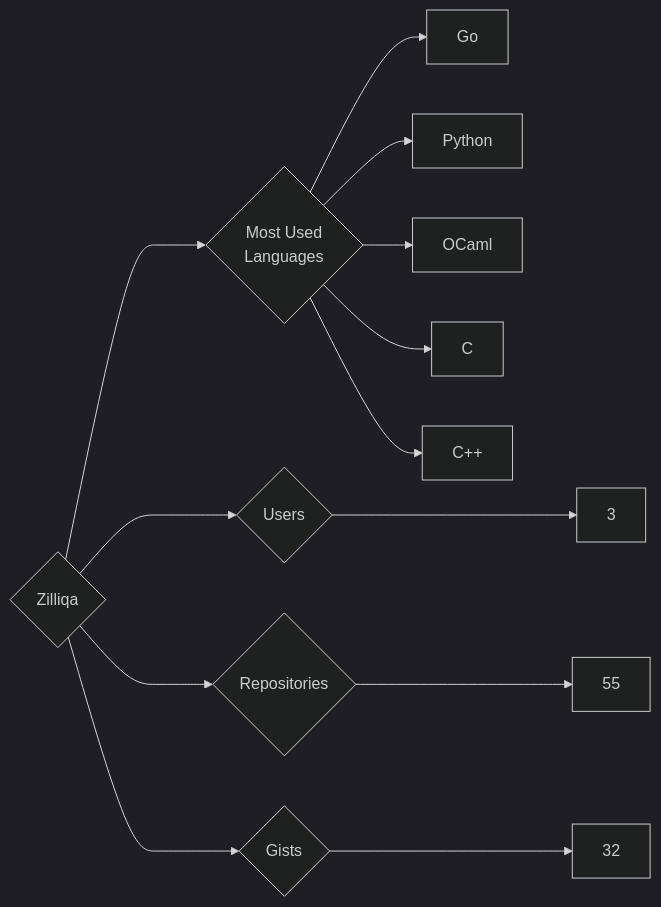
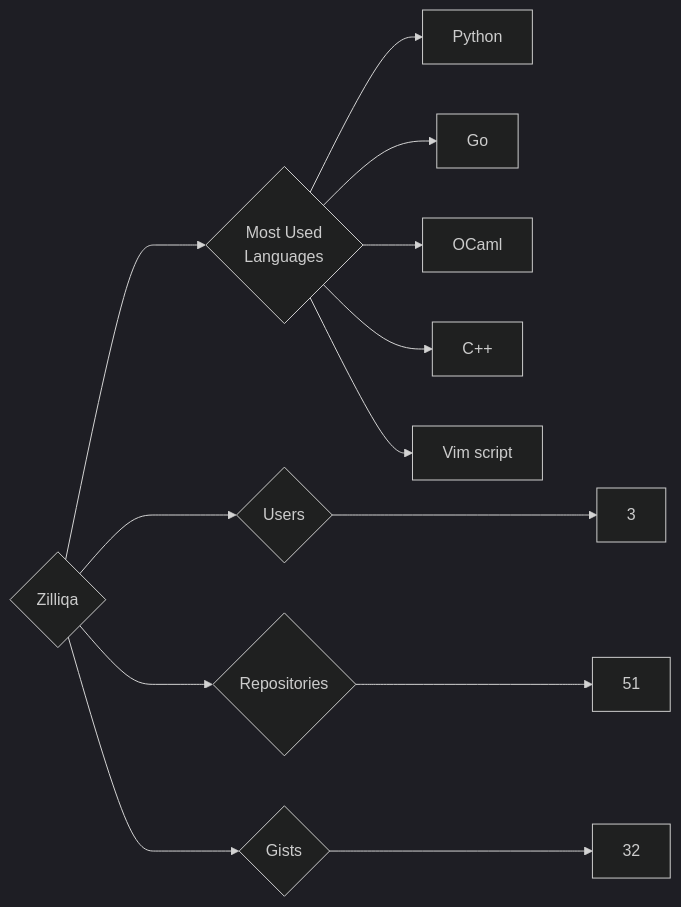
One commit to trickest/insiders changed the diagram in targets/Zilliqa/README.md. Above: the diagram before and after it, drawn with Mermaid (dark theme). The commit also changed 878 other files, not shown here.

````diff
--- a/targets/Zilliqa/README.md
+++ b/targets/Zilliqa/README.md
@@ -3,13 +3,13 @@
 ```mermaid
 graph LR
 COMPANY_NAME{Zilliqa}
 COMPANY_NAME ---> U{Users} ---> UN[3]
-COMPANY_NAME ---> R{Repositories} ---> RN[55]
+COMPANY_NAME ---> R{Repositories} ---> RN[51]
 COMPANY_NAME ---> G{Gists} ---> GN[32]
 COMPANY_NAME ---> ML{Most Used<br>Languages}
+ML --> Python[Python]
 ML --> Go[Go]
-ML --> Python[Python]
 ML --> OCaml[OCaml]
-ML --> C[C]
 ML --> C++[C++]
+ML --> Vim_script[Vim script]
 ```
````
